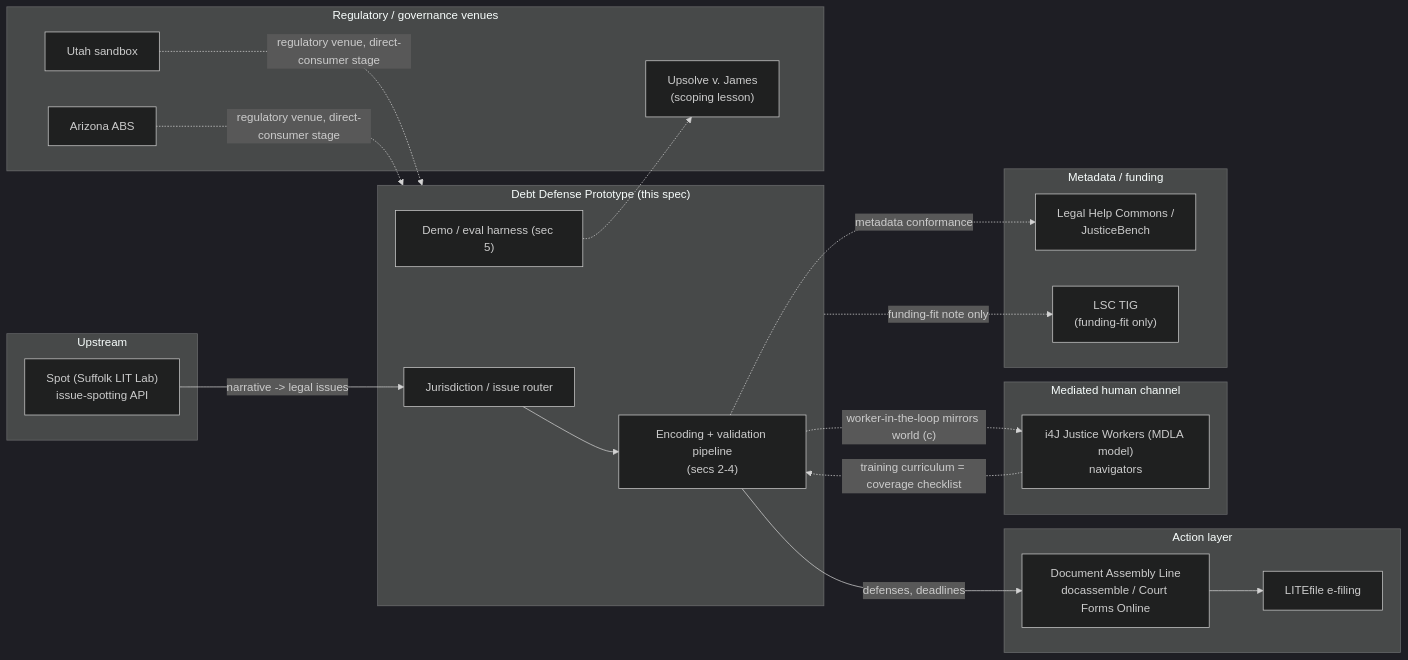
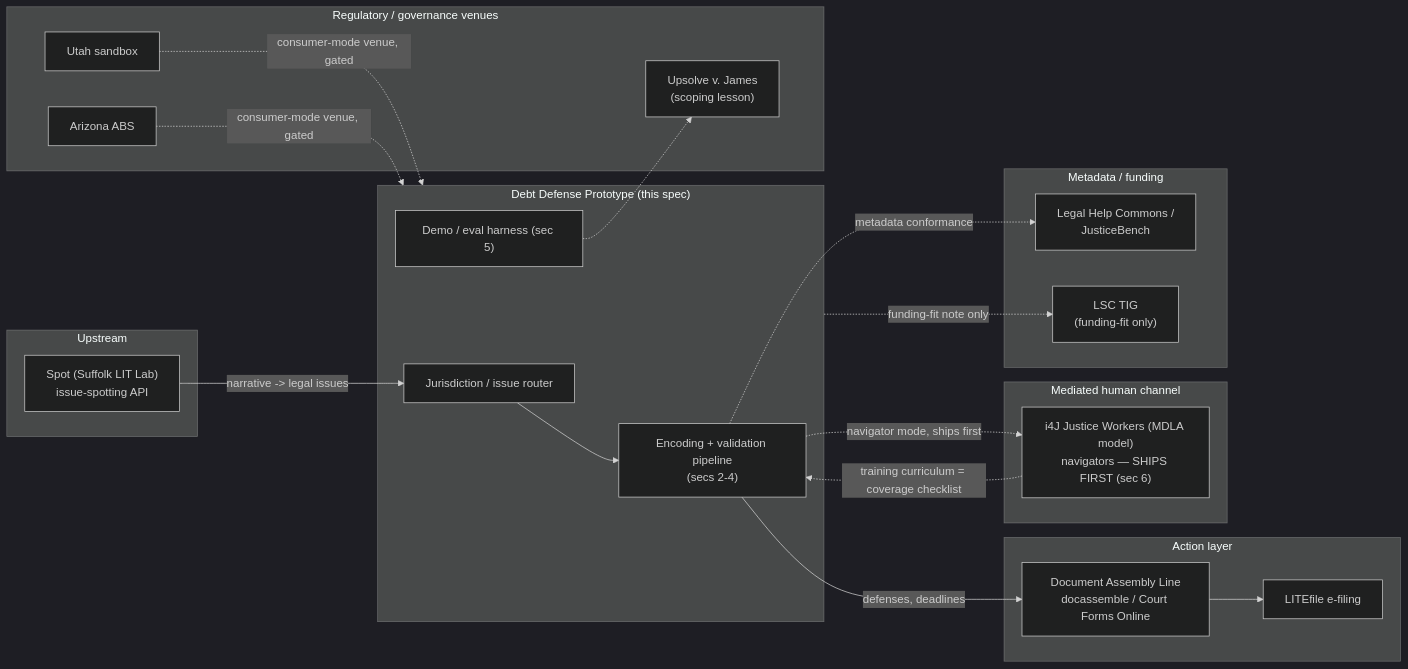
The diagram in docs/DEBT_PROJECT_ARCHITECTURE_SPEC.md (andrewmichaelcohen-a2j/a2j-ai), drawn with Mermaid (dark theme) before and after one commit. The commit also changed other lines of this file and 3 other files, not shown here.

````diff
--- a/docs/DEBT_PROJECT_ARCHITECTURE_SPEC.md
+++ b/docs/DEBT_PROJECT_ARCHITECTURE_SPEC.md
@@ -118,44 +125,44 @@
 ```mermaid
 flowchart LR
     subgraph Upstream
         SPOT["Spot (Suffolk LIT Lab)<br/>issue-spotting API"]
     end
 
     subgraph Core["Debt Defense Prototype (this spec)"]
         ROUTER["Jurisdiction / issue router"]
         ENGINE["Encoding + validation pipeline<br/>(secs 2-4)"]
         HARNESS["Demo / eval harness (sec 5)"]
     end
 
     subgraph Downstream["Action layer"]
         DAL["Document Assembly Line<br/>docassemble / Court Forms Online"]
         LITE["LITEfile e-filing"]
     end
 
     subgraph HumanChannel["Mediated human channel"]
-        I4J["i4J Justice Workers (MDLA model)<br/>navigators"]
+        I4J["i4J Justice Workers (MDLA model)<br/>navigators — SHIPS FIRST (sec 6)"]
     end
 
     subgraph RegVenues["Regulatory / governance venues"]
         UTAH["Utah sandbox"]
         AZ["Arizona ABS"]
         UPSOLVE["Upsolve v. James<br/>(scoping lesson)"]
     end
 
     subgraph Ecosystem["Metadata / funding"]
         LHC["Legal Help Commons /<br/>JusticeBench"]
         LSC["LSC TIG<br/>(funding-fit only)"]
     end
 
     SPOT -->|"narrative -> legal issues"| ROUTER
     ROUTER --> ENGINE
     ENGINE -->|"defenses, deadlines"| DAL
     DAL --> LITE
-    ENGINE -.->|"worker-in-the-loop mirrors world (c)"| I4J
+    ENGINE -.->|"navigator mode, ships first"| I4J
     I4J -.->|"training curriculum = coverage checklist"| ENGINE
     HARNESS -.-> UPSOLVE
-    UTAH -.->|"regulatory venue, direct-consumer stage"| Core
-    AZ -.->|"regulatory venue, direct-consumer stage"| Core
+    UTAH -.->|"consumer-mode venue, gated"| Core
+    AZ -.->|"consumer-mode venue, gated"| Core
     ENGINE -.->|"metadata conformance"| LHC
     Core -.->|"funding-fit note only"| LSC
 ```
````
